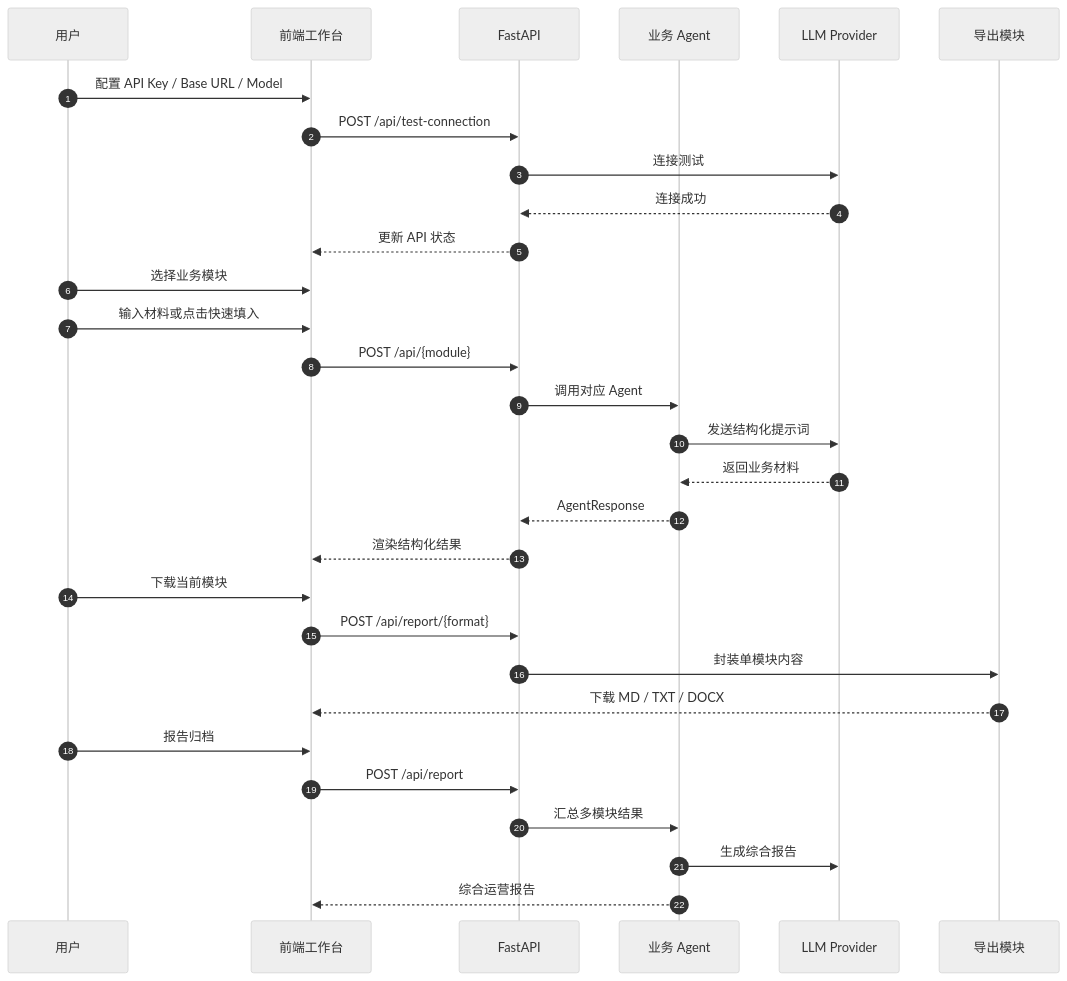
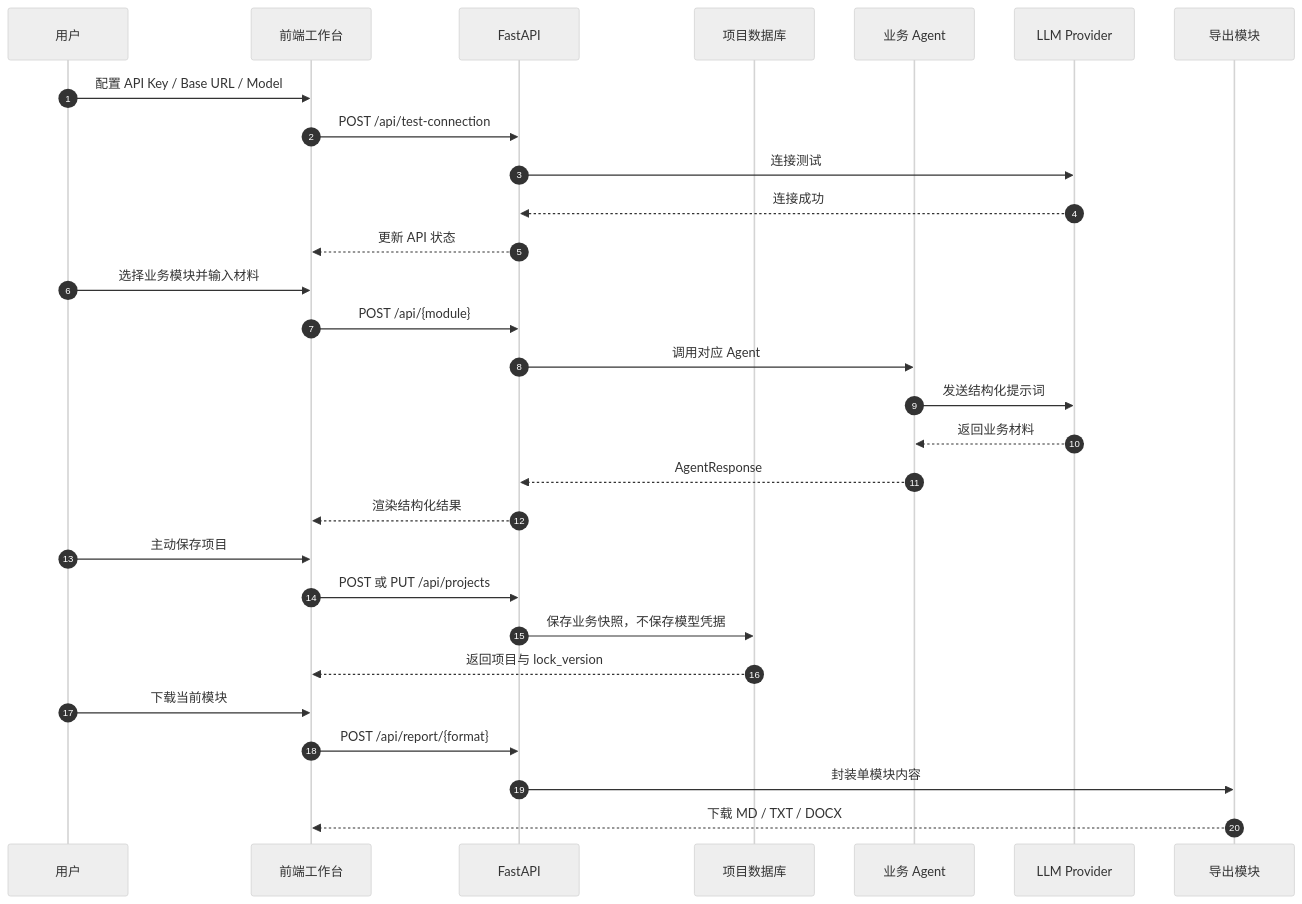
The third of 7 diagrams in README.md (liqinglq666/zhilink-tianhe-enterprise-ai-workspace), drawn with Mermaid (neutral theme) before and after one commit. The commit also changed other lines of this file, not shown here.

Commit message:
docs: clarify explicit project persistence

````diff
--- a/README.md
+++ b/README.md
@@ -295,36 +320,35 @@
 ```mermaid
 sequenceDiagram
     autonumber
     participant User as 用户
     participant UI as 前端工作台
     participant API as FastAPI
+    participant Project as 项目数据库
     participant Agent as 业务 Agent
     participant LLM as LLM Provider
     participant Export as 导出模块
 
     User->>UI: 配置 API Key / Base URL / Model
     UI->>API: POST /api/test-connection
     API->>LLM: 连接测试
     LLM-->>API: 连接成功
     API-->>UI: 更新 API 状态
 
-    User->>UI: 选择业务模块
-    User->>UI: 输入材料或点击快速填入
+    User->>UI: 选择业务模块并输入材料
     UI->>API: POST /api/{module}
     API->>Agent: 调用对应 Agent
     Agent->>LLM: 发送结构化提示词
     LLM-->>Agent: 返回业务材料
     Agent-->>API: AgentResponse
     API-->>UI: 渲染结构化结果
 
+    User->>UI: 主动保存项目
+    UI->>API: POST 或 PUT /api/projects
+    API->>Project: 保存业务快照，不保存模型凭据
+    Project-->>UI: 返回项目与 lock_version
+
     User->>UI: 下载当前模块
     UI->>API: POST /api/report/{format}
     API->>Export: 封装单模块内容
     Export-->>UI: 下载 MD / TXT / DOCX
-
-    User->>UI: 报告归档
-    UI->>API: POST /api/report
-    API->>Agent: 汇总多模块结果
-    Agent->>LLM: 生成综合报告
-    Agent-->>UI: 综合运营报告
 ```
````
